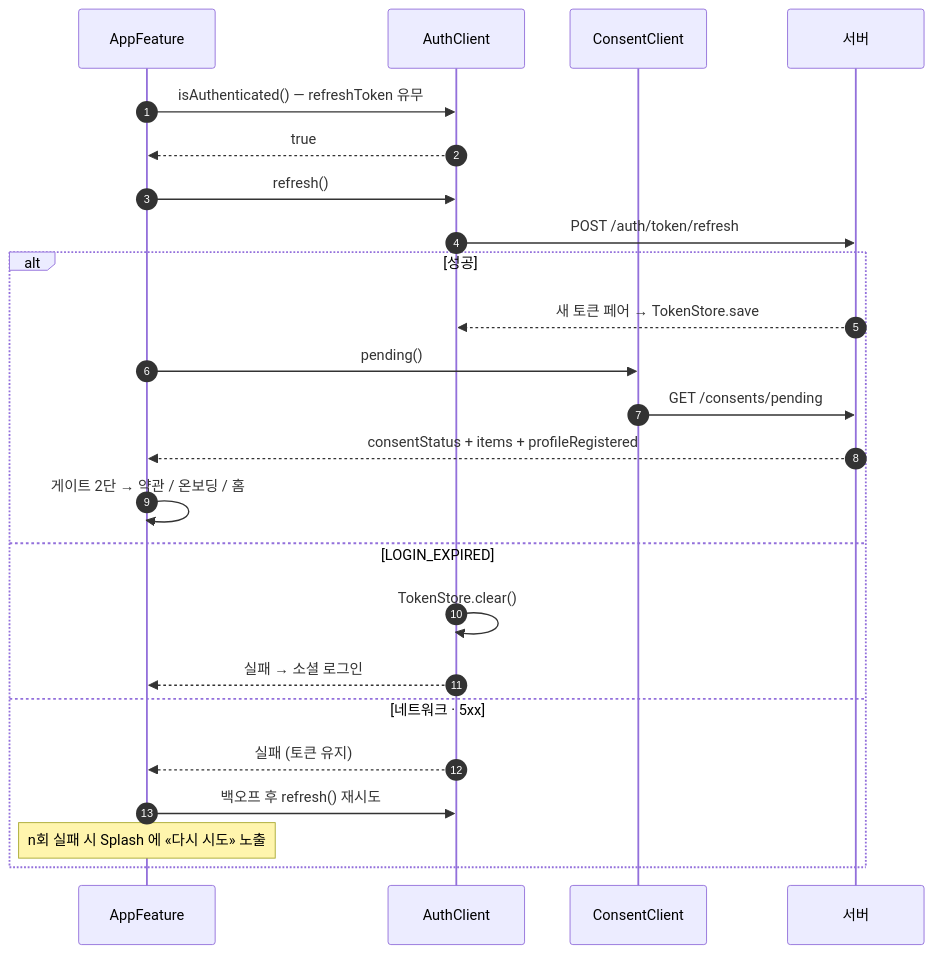
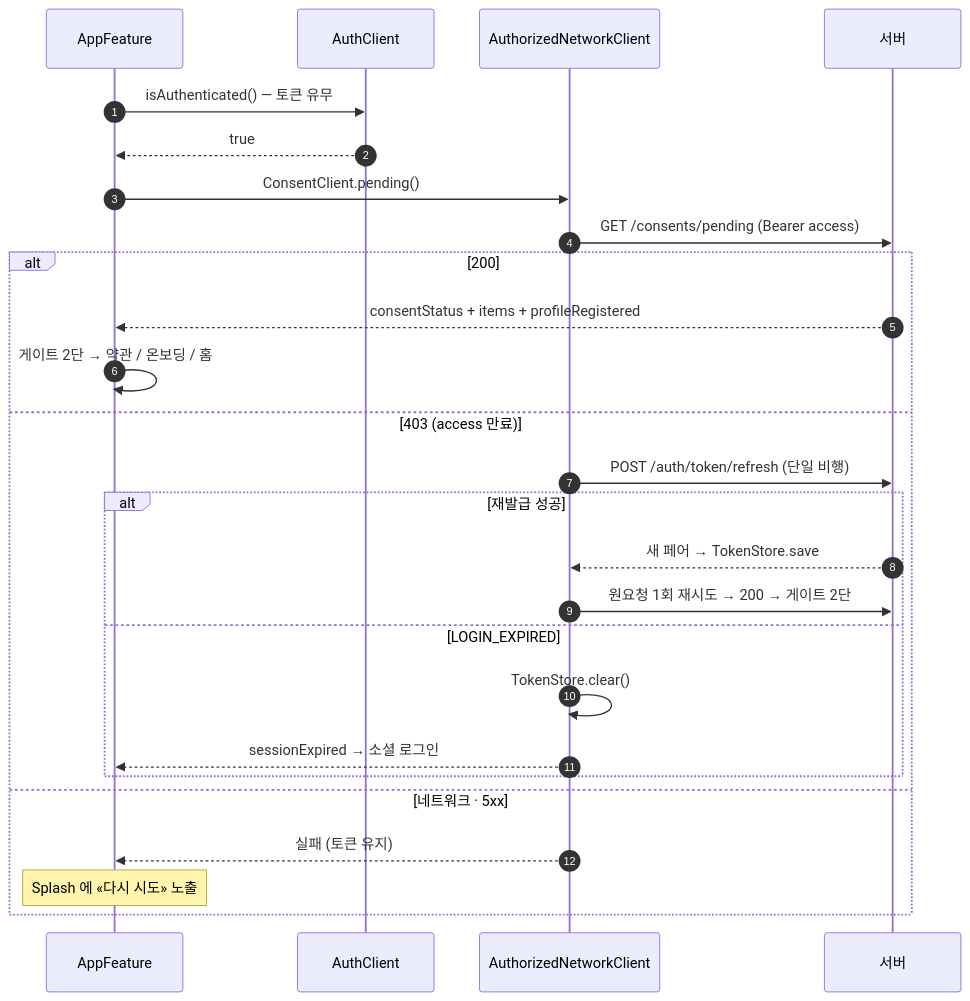
The second of 4 diagrams in docs/work/launch-routing.md (YAPP-Github/28th-App-Team-1-iOS), drawn with Mermaid before and after one commit. The commit also changed other lines of this file and 2 other files, not shown here.

Commit message:
refactor: 스플래시 판정을 pending 한 콜로 단일화_선제 refresh 제거하고 만료는 인터셉터 재발급에 위임

````diff
--- a/docs/work/launch-routing.md
+++ b/docs/work/launch-routing.md
@@ -63,27 +63,29 @@
 ```mermaid
 sequenceDiagram
     autonumber
     participant App as AppFeature
     participant AC as AuthClient
-    participant CC as ConsentClient
+    participant ANC as AuthorizedNetworkClient
     participant S as 서버
 
-    App->>AC: isAuthenticated() — refreshToken 유무
+    App->>AC: isAuthenticated() — 토큰 유무
     AC-->>App: true
-    App->>AC: refresh()
-    AC->>S: POST /auth/token/refresh
-    alt 성공
-        S-->>AC: 새 토큰 페어 → TokenStore.save
-        App->>CC: pending()
-        CC->>S: GET /consents/pending
+    App->>ANC: ConsentClient.pending()
+    ANC->>S: GET /consents/pending (Bearer access)
+    alt 200
         S-->>App: consentStatus + items + profileRegistered
         App->>App: 게이트 2단 → 약관 / 온보딩 / 홈
-    else LOGIN_EXPIRED
-        AC->>AC: TokenStore.clear()
-        AC-->>App: 실패 → 소셜 로그인
+    else 403 (access 만료)
+        ANC->>S: POST /auth/token/refresh (단일 비행)
+        alt 재발급 성공
+            S-->>ANC: 새 페어 → TokenStore.save
+            ANC->>S: 원요청 1회 재시도 → 200 → 게이트 2단
+        else LOGIN_EXPIRED
+            ANC->>ANC: TokenStore.clear()
+            ANC-->>App: sessionExpired → 소셜 로그인
+        end
     else 네트워크 · 5xx
-        AC-->>App: 실패 (토큰 유지)
-        App->>AC: 백오프 후 refresh() 재시도
-        Note over App: n회 실패 시 Splash 에 «다시 시도» 노출
+        ANC-->>App: 실패 (토큰 유지)
+        Note over App: Splash 에 «다시 시도» 노출
     end
 ```
````
